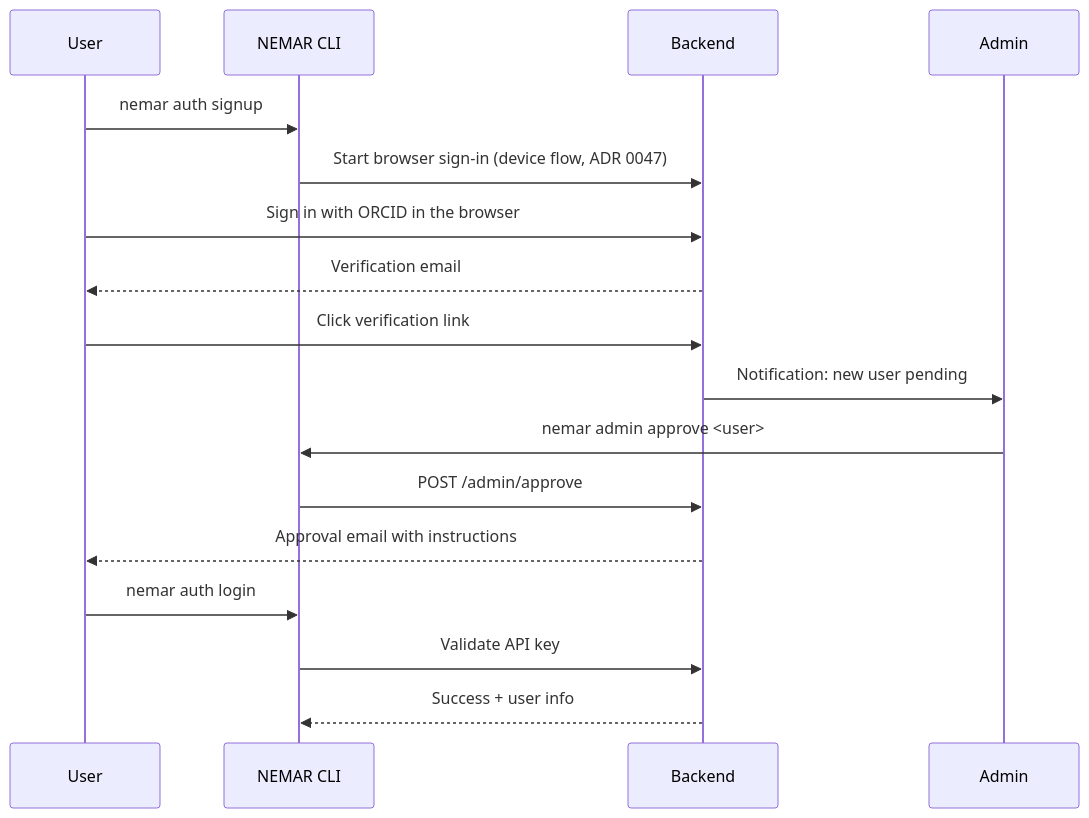
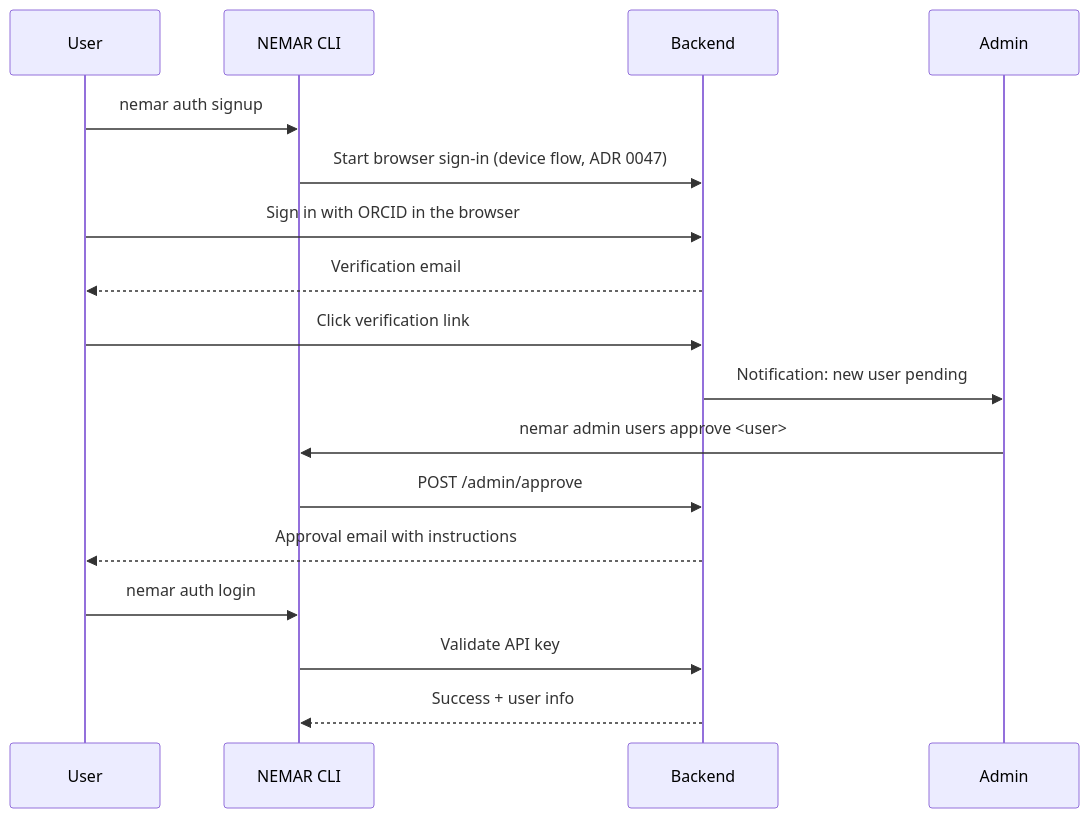
The second of 7 diagrams in README.md (nemarOrg/nemar-cli), drawn with Mermaid before and after one commit. The commit also changed other lines of this file and 2 other files, not shown here.

Commit message:
Point repo docs at admin users

````diff
--- a/README.md
+++ b/README.md
@@ -121,20 +121,20 @@
 ```mermaid
 sequenceDiagram
     participant U as User
     participant CLI as NEMAR CLI
     participant API as Backend
     participant Admin as Admin
 
     U->>CLI: nemar auth signup
     CLI->>API: Start browser sign-in (device flow, ADR 0047)
     U->>API: Sign in with ORCID in the browser
     API-->>U: Verification email
     U->>API: Click verification link
     API->>Admin: Notification: new user pending
-    Admin->>CLI: nemar admin approve <user>
+    Admin->>CLI: nemar admin users approve <user>
     CLI->>API: POST /admin/approve
     API-->>U: Approval email with instructions
     U->>CLI: nemar auth login
     CLI->>API: Validate API key
     API-->>CLI: Success + user info
 ```
````
